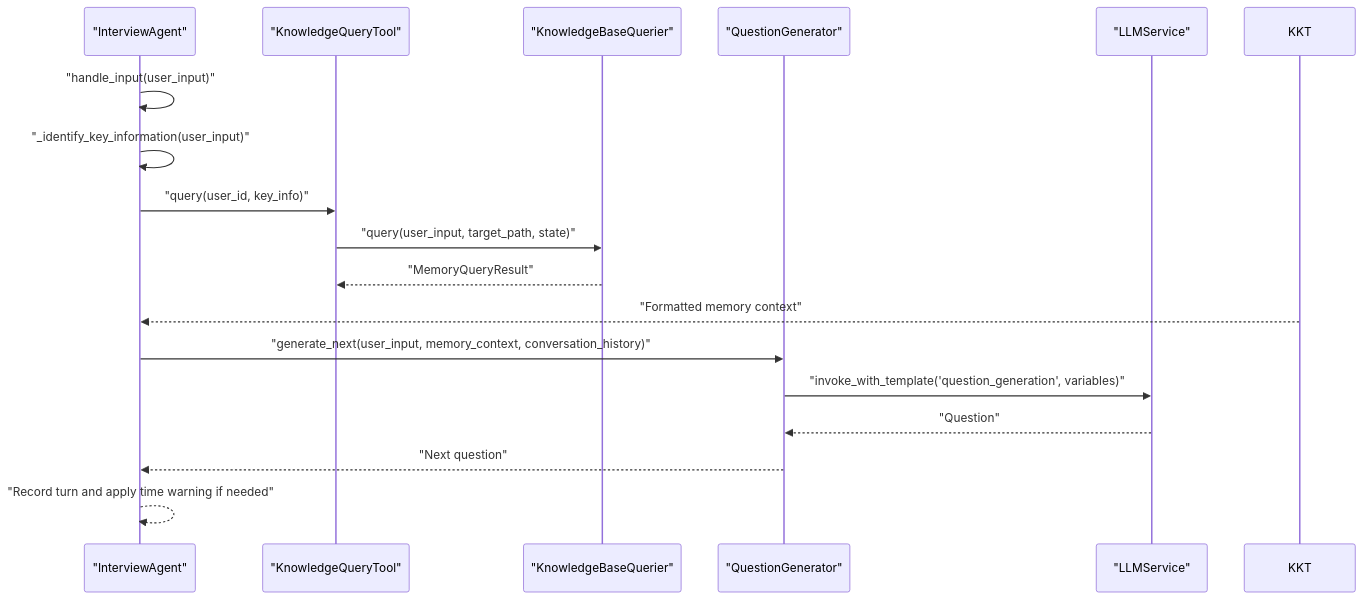
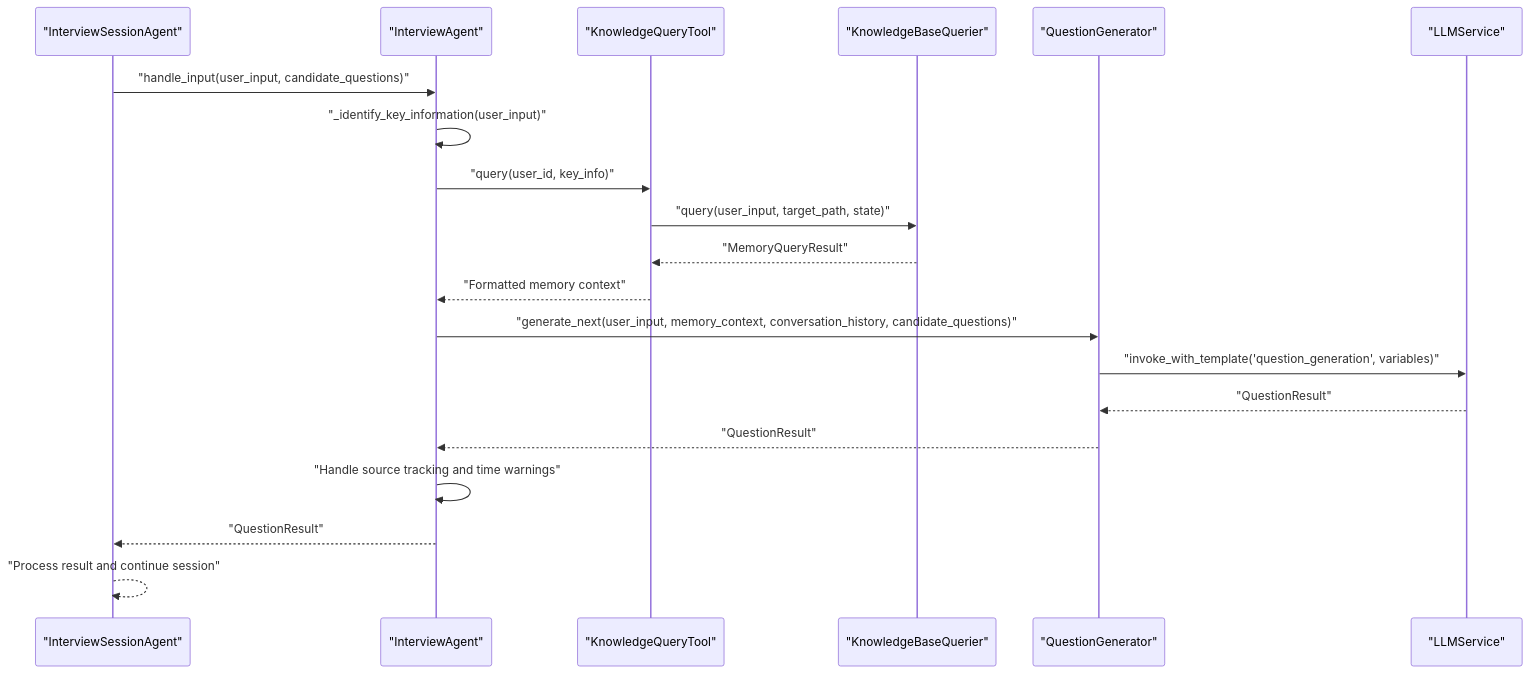
Before and after one commit to WangYiKai1017/zizuan: the seventh of 9 diagrams in .qoder/repowiki/en/content/AI Services/Question Generator.md, drawn with Mermaid. The commit also changed other lines of this file and 31 other files, not shown here.

````diff
--- a/.qoder/repowiki/en/content/AI Services/Question Generator.md
+++ b/.qoder/repowiki/en/content/AI Services/Question Generator.md
@@ -323,19 +408,22 @@
 ```mermaid
 sequenceDiagram
+participant ISA as "InterviewSessionAgent"
 participant IA as "InterviewAgent"
 participant KQT as "KnowledgeQueryTool"
 participant KBQ as "KnowledgeBaseQuerier"
 participant QG as "QuestionGenerator"
 participant LLM as "LLMService"
-IA->>IA : "handle_input(user_input)"
+ISA->>IA : "handle_input(user_input, candidate_questions)"
 IA->>IA : "_identify_key_information(user_input)"
 IA->>KQT : "query(user_id, key_info)"
 KQT->>KBQ : "query(user_input, target_path, state)"
 KBQ-->>KQT : "MemoryQueryResult"
-KKT-->>IA : "Formatted memory context"
-IA->>QG : "generate_next(user_input, memory_context, conversation_history)"
+KQT-->>IA : "Formatted memory context"
+IA->>QG : "generate_next(user_input, memory_context, conversation_history, candidate_questions)"
 QG->>LLM : "invoke_with_template('question_generation', variables)"
-LLM-->>QG : "Question"
-QG-->>IA : "Next question"
-IA-->>IA : "Record turn and apply time warning if needed"
+LLM-->>QG : "QuestionResult"
+QG-->>IA : "QuestionResult"
+IA->>IA : "Handle source tracking and time warnings"
+IA-->>ISA : "QuestionResult"
+ISA-->>ISA : "Process result and continue session"
 ```
````
